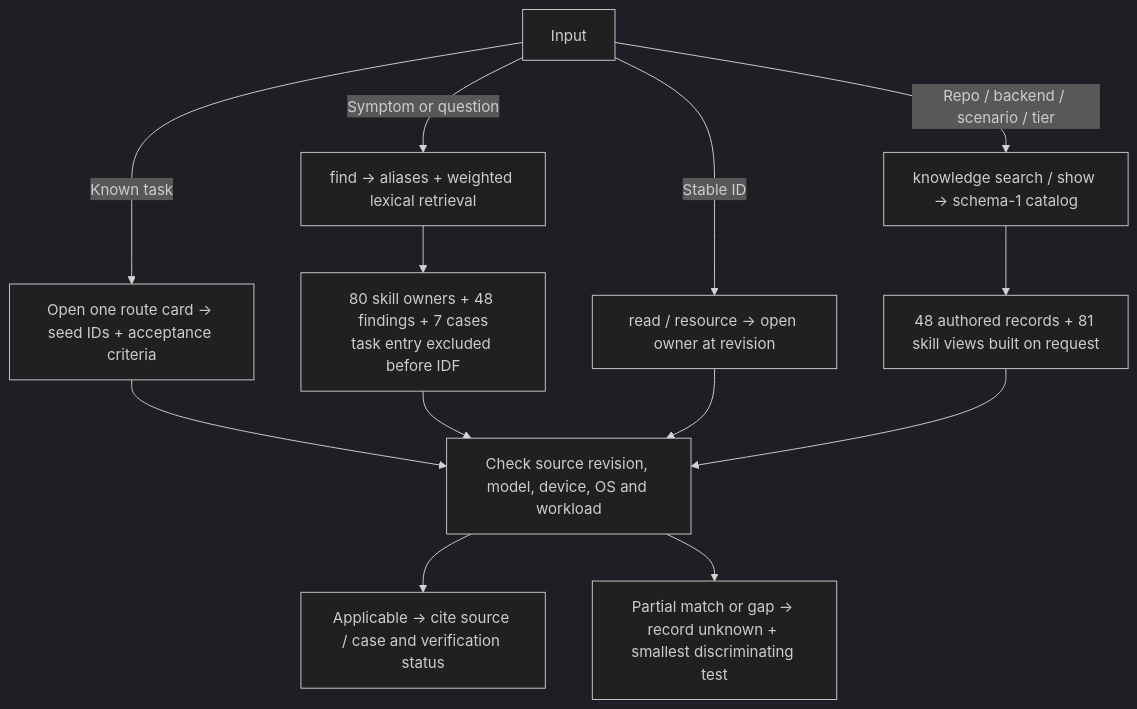
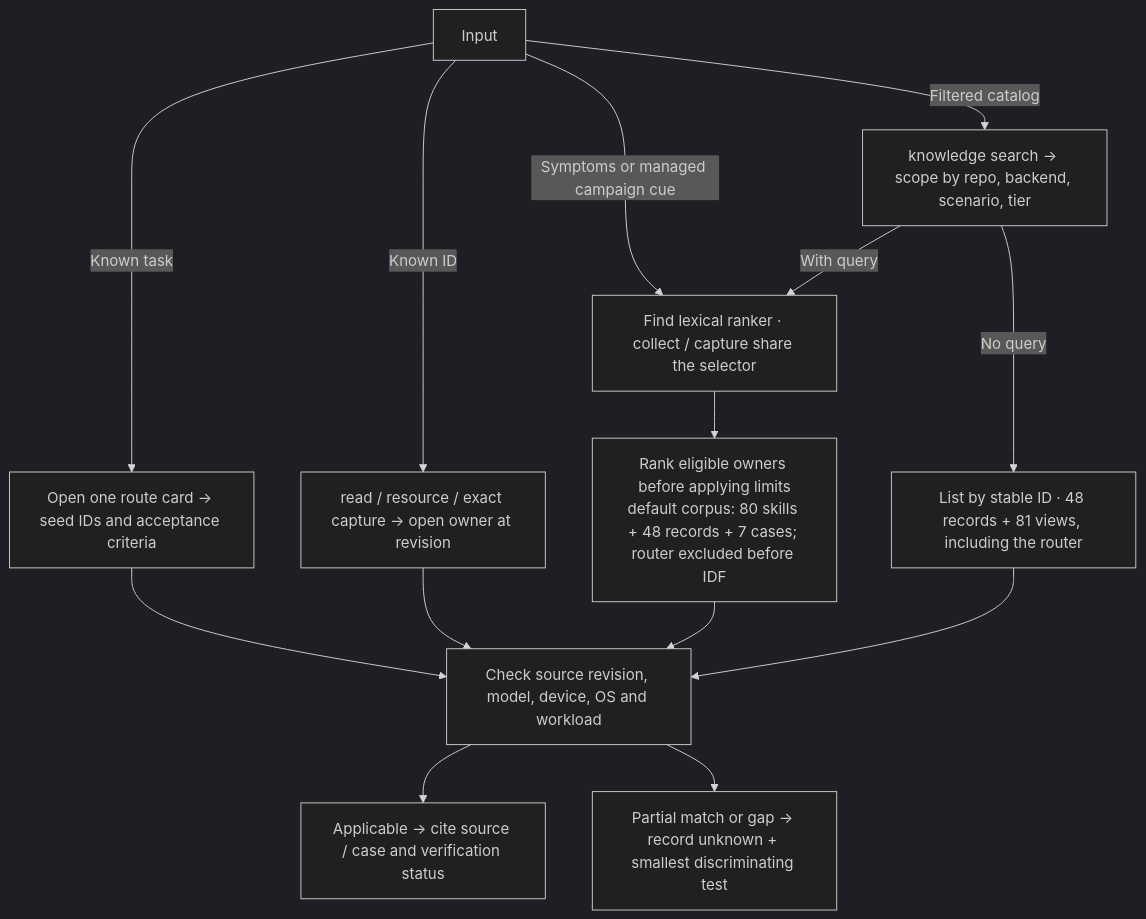
Before and after one commit to InferMatrixLab/InferRSI: the third of 4 diagrams in docs/knowledge-layout.md, drawn with Mermaid (dark theme). The commit also changed other lines of this file and 10 other files, not shown here.

````diff
--- a/docs/knowledge-layout.md
+++ b/docs/knowledge-layout.md
@@ -45,12 +45,13 @@
 ```mermaid
 flowchart TB
-    Q["Input"] -->|Known task| T["Open one route card → seed IDs + acceptance criteria"]
-    Q -->|Symptom or question| F["find → aliases + weighted lexical retrieval"]
-    Q -->|Stable ID| I["read / resource → open owner at revision"]
-    Q -->|Repo / backend / scenario / tier| C["knowledge search / show → schema-1 catalog"]
-    F --> A["80 skill owners + 48 findings + 7 cases<br/>task entry excluded before IDF"]
-    C --> B["48 authored records + 81 skill views built on request"]
-    T & A & I & B --> V["Check source revision, model, device, OS and workload"]
+    Q["Input"] -->|Known task| T["Open one route card → seed IDs and acceptance criteria"]
+    Q -->|Known ID| I["read / resource / exact capture → open owner at revision"]
+    Q -->|Symptoms or managed campaign cue| F["Find lexical ranker · collect / capture share the selector"]
+    Q -->|Filtered catalog| C["knowledge search → scope by repo, backend, scenario, tier"]
+    C -->|With query| F
+    C -->|No query| B["List by stable ID · 48 records + 81 views, including the router"]
+    F --> A["Rank eligible owners before applying limits<br/>default corpus: 80 skills + 48 records + 7 cases; router excluded before IDF"]
+    T & I & A & B --> V["Check source revision, model, device, OS and workload"]
     V --> X["Applicable → cite source / case and verification status"]
     V --> G["Partial match or gap → record unknown + smallest discriminating test"]
 ```
````
